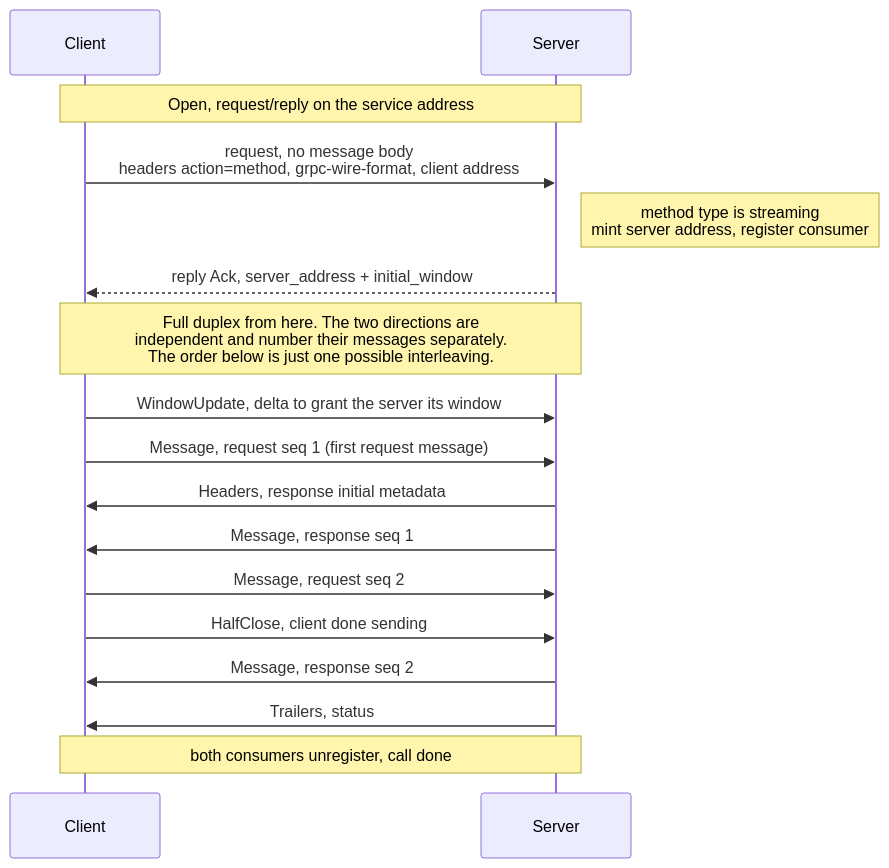
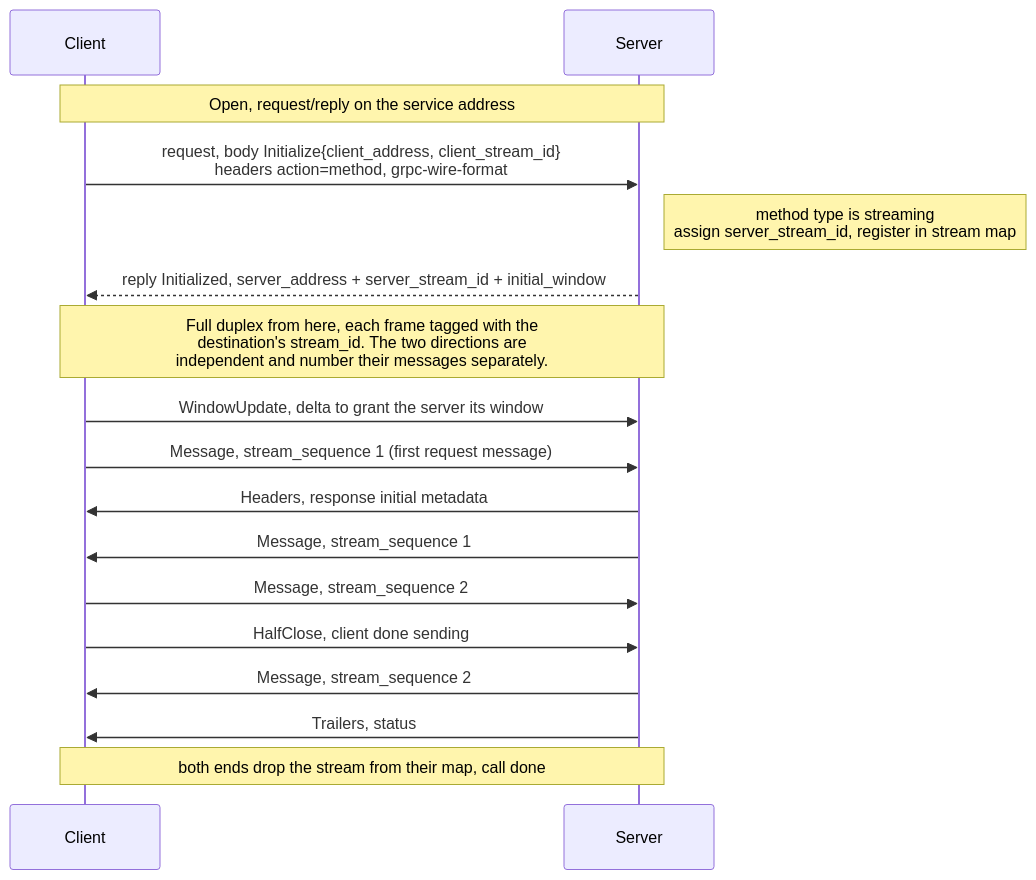
Before and after one commit to eclipse-vertx/vertx-grpc: the diagram in vertx-grpc-eventbus/README.md, drawn with Mermaid. The commit also changed other lines of this file and 11 other files, not shown here.

First line of the commit message:
Refactor client and server implementation to support multiplexed streams, update transport schema to `Initialize`/`Initialized` handshake.

````diff
--- a/vertx-grpc-eventbus/README.md
+++ b/vertx-grpc-eventbus/README.md
@@ -84,21 +99,21 @@
 ```mermaid
 sequenceDiagram
     participant C as Client
     participant S as Server
 
     Note over C,S: Open, request/reply on the service address
-    C->>S: request, no message body<br/>headers action=method, grpc-wire-format, client address
-    Note right of S: method type is streaming<br/>mint server address, register consumer
-    S-->>C: reply Ack, server_address + initial_window
+    C->>S: request, body Initialize{client_address, client_stream_id}<br/>headers action=method, grpc-wire-format
+    Note right of S: method type is streaming<br/>assign server_stream_id, register in stream map
+    S-->>C: reply Initialized, server_address + server_stream_id + initial_window
 
-    Note over C,S: Full duplex from here. The two directions are<br/>independent and number their messages separately.<br/>The order below is just one possible interleaving.
+    Note over C,S: Full duplex from here, each frame tagged with the<br/>destination's stream_id. The two directions are<br/>independent and number their messages separately.
     C->>S: WindowUpdate, delta to grant the server its window
-    C->>S: Message, request seq 1 (first request message)
+    C->>S: Message, stream_sequence 1 (first request message)
     S->>C: Headers, response initial metadata
-    S->>C: Message, response seq 1
-    C->>S: Message, request seq 2
+    S->>C: Message, stream_sequence 1
+    C->>S: Message, stream_sequence 2
     C->>S: HalfClose, client done sending
-    S->>C: Message, response seq 2
+    S->>C: Message, stream_sequence 2
     S->>C: Trailers, status
-    Note over C,S: both consumers unregister, call done
+    Note over C,S: both ends drop the stream from their map, call done
 ```
````
